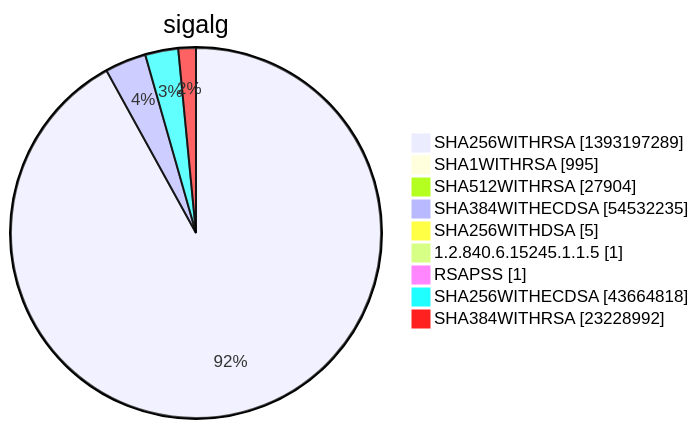
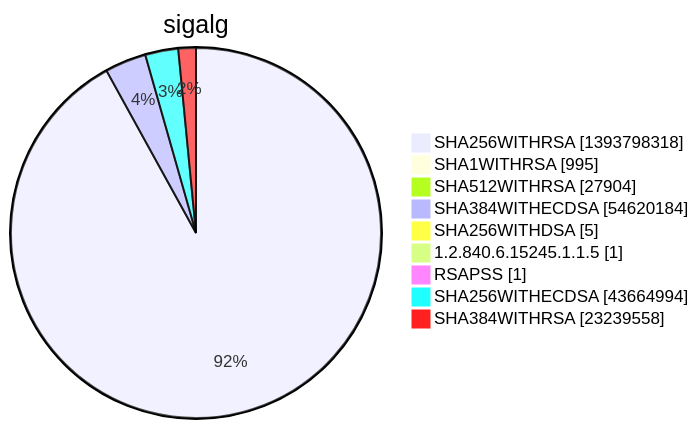
Diagram 15 of 15 in xenon2022/README.md (christiankrug/ctmonitor_visualization), drawn with Mermaid before and after one commit. The commit also changed other lines of this file, not shown here.

````diff
--- a/xenon2022/README.md
+++ b/xenon2022/README.md
@@ -5855,13 +5855,13 @@
 ```mermaid
 pie showData
 title sigalg
-"SHA256WITHRSA" :1393197289
+"SHA256WITHRSA" :1393798318
 "SHA1WITHRSA" :995
 "SHA512WITHRSA" :27904
-"SHA384WITHECDSA" :54532235
+"SHA384WITHECDSA" :54620184
 "SHA256WITHDSA" :5
 "1.2.840.6.15245.1.1.5" :1
 "RSAPSS" :1
-"SHA256WITHECDSA" :43664818
-"SHA384WITHRSA" :23228992
+"SHA256WITHECDSA" :43664994
+"SHA384WITHRSA" :23239558
 ```
````
